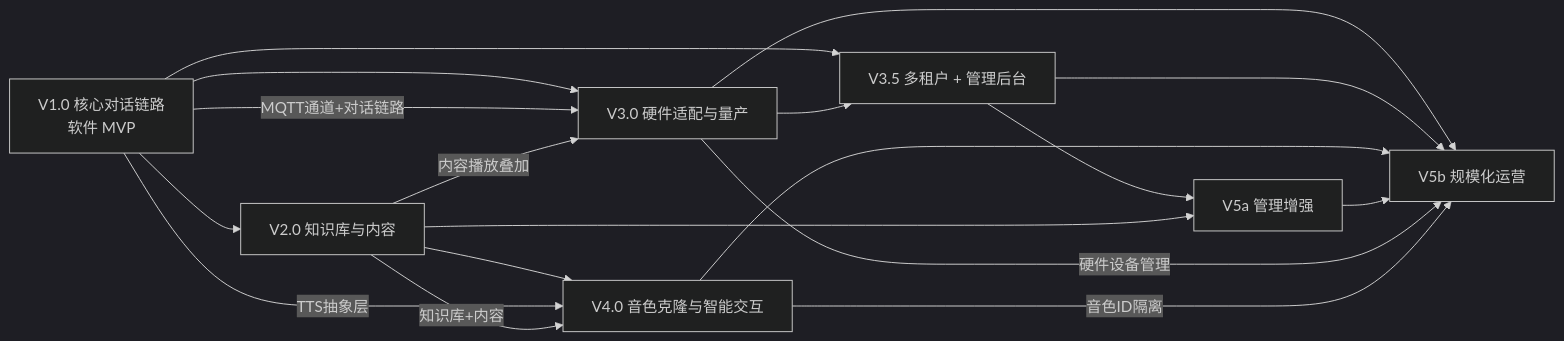
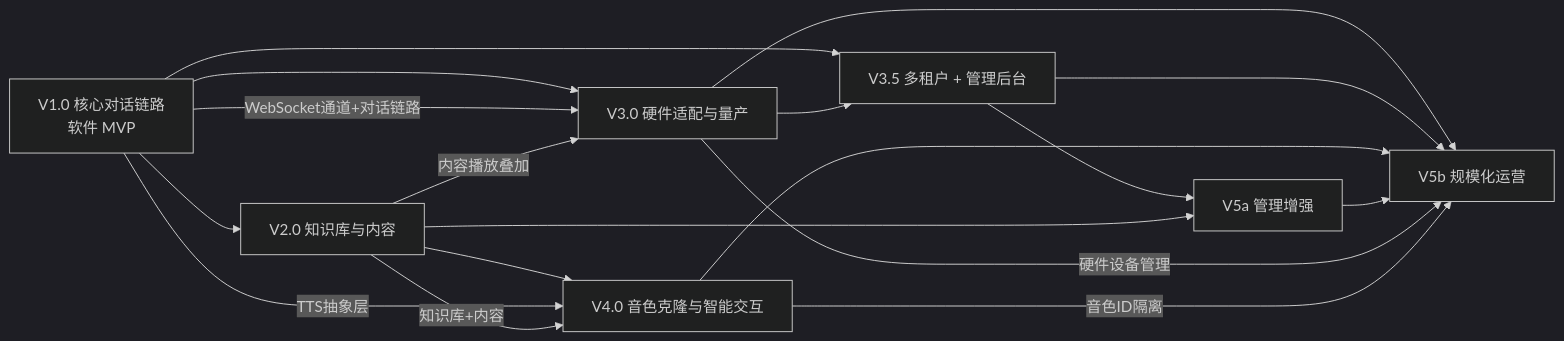
One commit to harunme/minibot changed the diagram in docs/ROADMAP.md. Above: the diagram before and after it, drawn with Mermaid (dark theme). The commit also changed other lines of this file and 33 other files, not shown here.

````diff
--- a/docs/ROADMAP.md
+++ b/docs/ROADMAP.md
@@ -351,21 +347,21 @@
 ```mermaid
 graph LR
     V1[V1.0 核心对话链路<br/>软件 MVP] --> V2[V2.0 知识库与内容]
     V1 --> V3[V3.0 硬件适配与量产]
     V1 --> V3_5[V3.5 多租户 + 管理后台]
     V3 --> V3_5
     V2 --> V4[V4.0 音色克隆与智能交互]
     V3_5 --> V5a[V5a 管理增强]
     V2 --> V5a
     V3 --> V5b[V5b 规模化运营]
     V3_5 --> V5b
     V4 --> V5b
     V5a --> V5b
     
     V1 --> |TTS抽象层| V4
-    V1 --> |MQTT通道+对话链路| V3
+    V1 --> |WebSocket通道+对话链路| V3
     V2 --> |内容播放叠加| V3
     V2 --> |知识库+内容| V4
     V3 --> |硬件设备管理| V5b
     V4 --> |音色ID隔离| V5b
 ```
````
